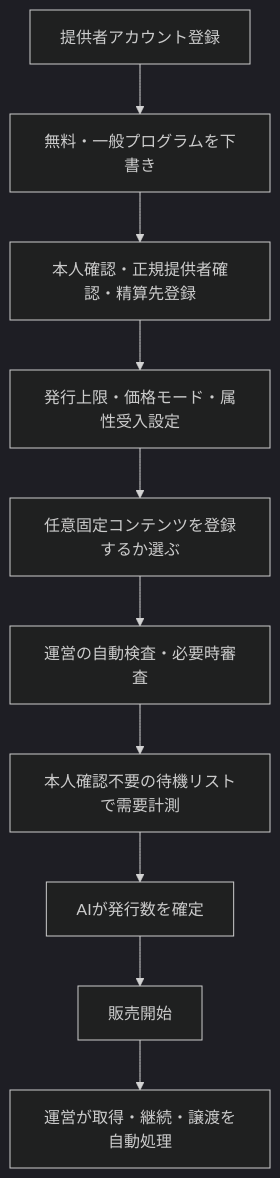
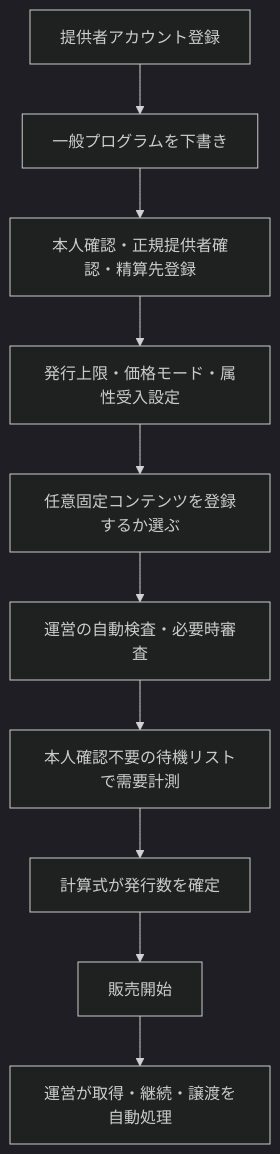
Before and after one commit to odokura/odokura-hp: the diagram in docs/apps/XXGGLL/concept/general/creator-general.md, drawn with Mermaid (dark theme). The commit also changed other lines of this file and 28 other files, not shown here.

````diff
--- a/docs/apps/XXGGLL/concept/general/creator-general.md
+++ b/docs/apps/XXGGLL/concept/general/creator-general.md
@@ -23,12 +23,12 @@
 ```mermaid
 flowchart TB
-    register[提供者アカウント登録] --> draft[無料・一般プログラムを下書き]
+    register[提供者アカウント登録] --> draft[一般プログラムを下書き]
     draft --> verify[本人確認・正規提供者確認・精算先登録]
     verify --> setup[発行上限・価格モード・属性受入設定]
     setup --> optional[任意固定コンテンツを登録するか選ぶ]
     optional --> review[運営の自動検査・必要時審査]
     review --> demand[本人確認不要の待機リストで需要計測]
-    demand --> issue[AIが発行数を確定]
+    demand --> issue[計算式が発行数を確定]
     issue --> publish[販売開始]
     publish --> operate[運営が取得・継続・譲渡を自動処理]
 ```
````
